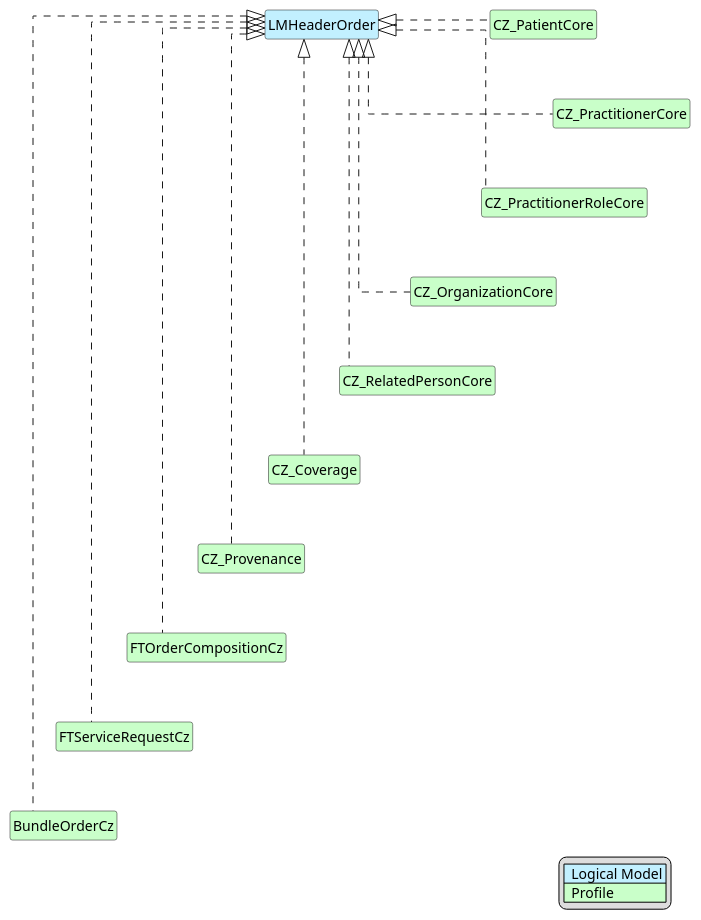
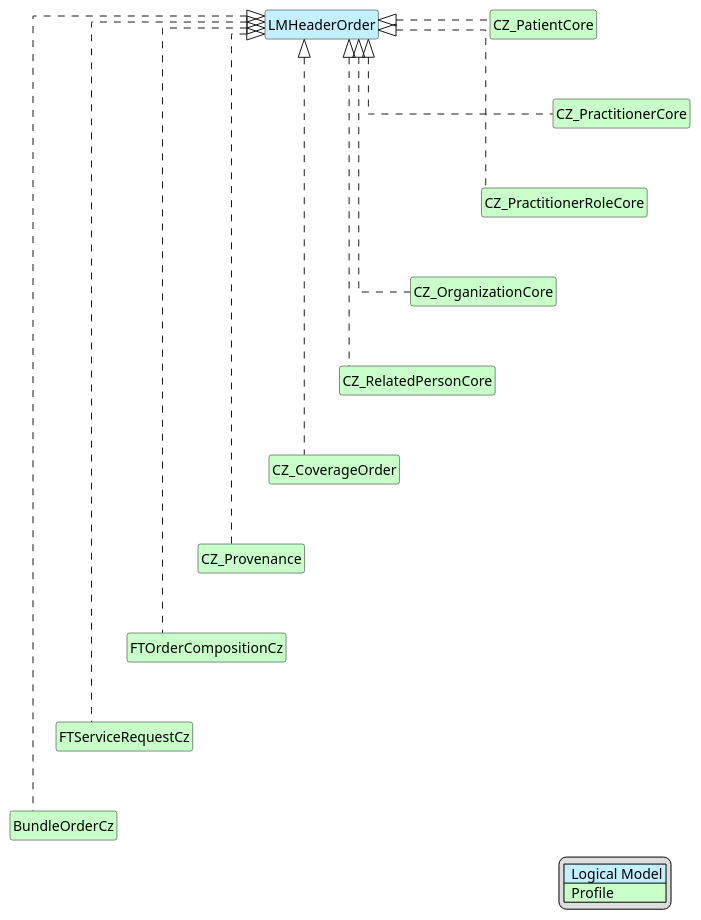
One commit to HL7-cz/k-order changed the diagram in input/images-source/FT-Header-map.plantuml. Above: the diagram before and after it, drawn with PlantUML. The commit also changed 296 other files, not shown here.

```diff
--- a/input/images-source/FT-Header-map.plantuml
+++ b/input/images-source/FT-Header-map.plantuml
@@ -1,46 +1,46 @@
 @startuml
 ' Generated by scripts/sync-header-mapping.py
 hide circle
 hide stereotype
 hide members
 hide methods
 skinparam linetype ortho
 skinparam class {
 BackgroundColor<<LogicalModel>> #APPLICATION
 BackgroundColor<<Profile>> #TECHNOLOGY
 }
 legend right
 | <#APPLICATION>  Logical Model |
 | <#TECHNOLOGY>  Profile |
 endlegend
 class "LMHeaderOrder" as Header <<LogicalModel>> [[StructureDefinition-LMHeaderOrder.html]]
 class "CZ_PatientCore" as Target0 <<Profile>> [[https://hl7.cz/fhir/core/StructureDefinition-cz-patient-core.html]]
 Header <|. Target0
 class "CZ_PractitionerCore" as Target1 <<Profile>> [[https://hl7.cz/fhir/core/StructureDefinition-cz-practitioner-core.html]]
 Header <|. Target1
 Target0 -d[hidden]-> Target1
 class "CZ_PractitionerRoleCore" as Target2 <<Profile>> [[https://hl7.cz/fhir/core/StructureDefinition-cz-practitionerrole-core.html]]
 Header <|. Target2
 Target1 -d[hidden]-> Target2
 class "CZ_OrganizationCore" as Target3 <<Profile>> [[https://hl7.cz/fhir/core/StructureDefinition-cz-organization-core.html]]
 Header <|. Target3
 Target2 -d[hidden]-> Target3
 class "CZ_RelatedPersonCore" as Target4 <<Profile>> [[https://hl7.cz/fhir/core/StructureDefinition-cz-relatedPerson-core.html]]
 Header <|. Target4
 Target3 -d[hidden]-> Target4
-class "CZ_Coverage" as Target5 <<Profile>> [[https://hl7.cz/fhir/core/StructureDefinition-cz-coverage.html]]
+class "CZ_CoverageOrder" as Target5 <<Profile>> [[StructureDefinition-cz-coverage-order.html]]
 Header <|. Target5
 Target4 -d[hidden]-> Target5
 class "CZ_Provenance" as Target6 <<Profile>> [[https://hl7.cz/fhir/core/StructureDefinition-cz-provenance.html]]
 Header <|. Target6
 Target5 -d[hidden]-> Target6
 class "FTOrderCompositionCz" as Target7 <<Profile>> [[StructureDefinition-FTOrderCompositionCz.html]]
 Header <|. Target7
 Target6 -d[hidden]-> Target7
 class "FTServiceRequestCz" as Target8 <<Profile>> [[StructureDefinition-FTServiceRequestCz.html]]
 Header <|. Target8
 Target7 -d[hidden]-> Target8
 class "BundleOrderCz" as Target9 <<Profile>> [[StructureDefinition-BundleOrderCz.html]]
 Header <|. Target9
 Target8 -d[hidden]-> Target9
 @enduml
```
